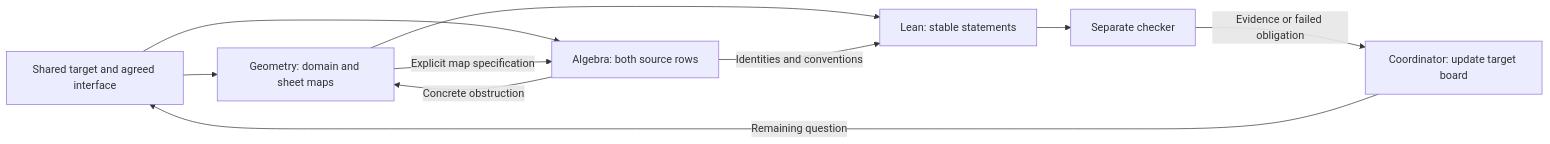
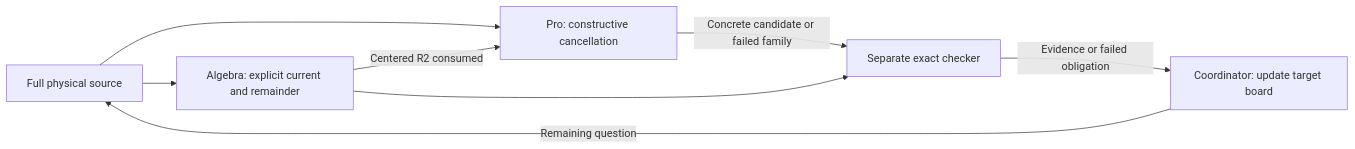
One commit to rbajaj5/hodge-lab changed the diagram in notes/one-reflection-skew-team-board.md. Above: the diagram before and after it, drawn with Mermaid. The commit also changed other lines of this file and 66 other files, not shown here.

Commit message:
Record bounded mixed-current search and exact nonzero remainders

````diff
--- a/notes/one-reflection-skew-team-board.md
+++ b/notes/one-reflection-skew-team-board.md
@@ -44,12 +53,10 @@
 ```mermaid
 flowchart LR
-  T[Shared target and agreed interface] --> G[Geometry: domain and sheet maps]
-  T --> A[Algebra: both source rows]
-  G -->|Explicit map specification| A
-  A -->|Concrete obstruction| G
-  G --> L[Lean: stable statements]
-  A -->|Identities and conventions| L
-  L --> C[Separate checker]
+  T[Full physical source] --> G[Pro: constructive cancellation]
+  T --> A[Algebra: explicit current and remainder]
+  A -->|Centered R2 consumed| G
+  A --> C[Separate exact checker]
+  G -->|Concrete candidate or failed family| C
   C -->|Evidence or failed obligation| R[Coordinator: update target board]
   R -->|Remaining question| T
 ```
````
